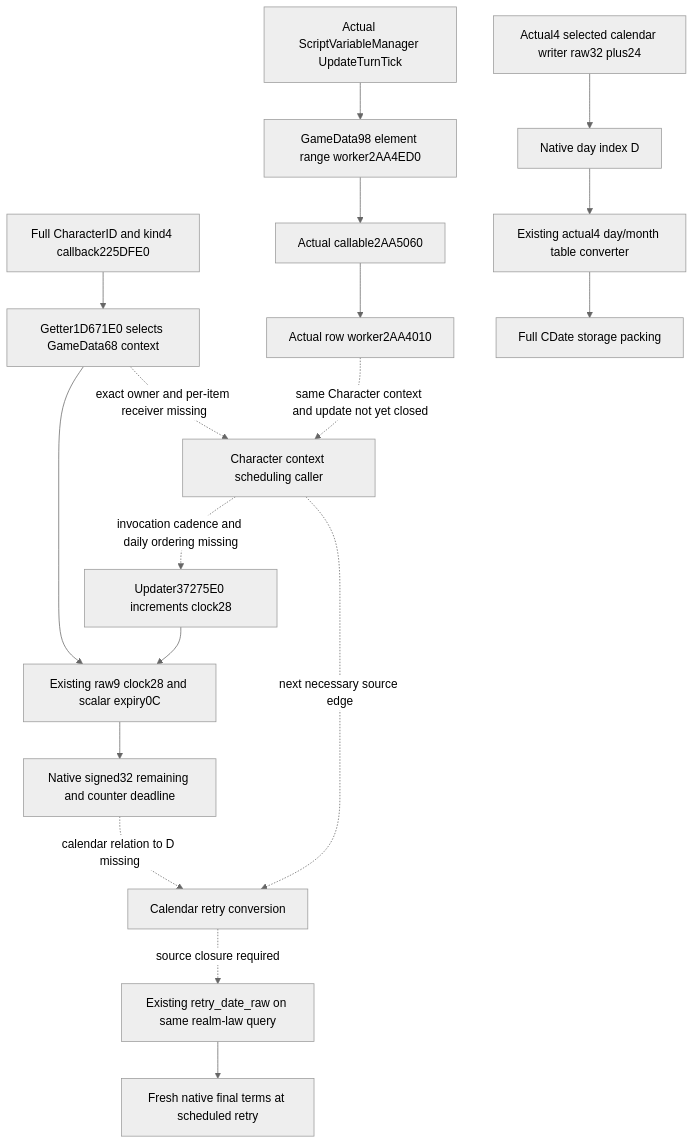
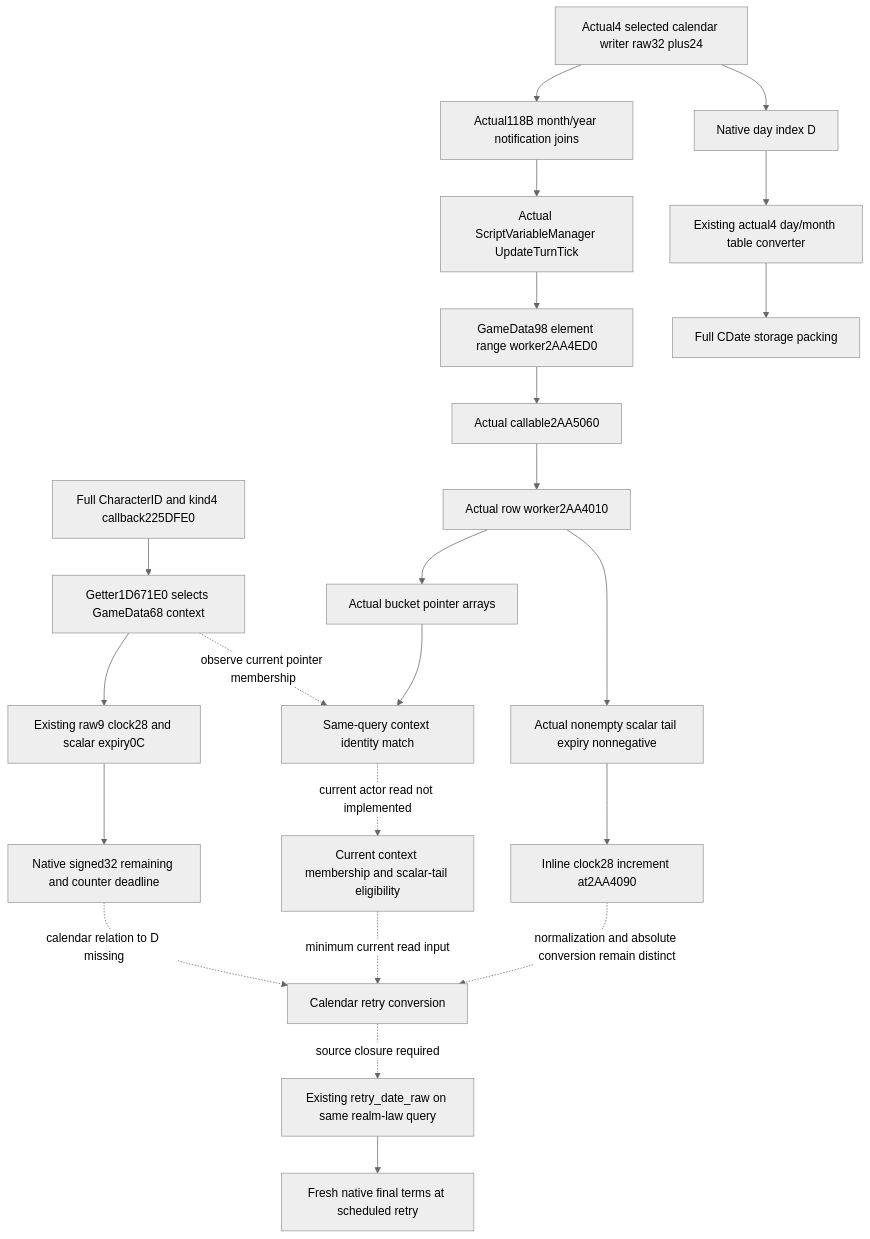
Before and after one commit to XenoAmess/ck3_eternal_recurrence: the diagram in docs/ck3-native-ai/m7-character-clock-calendar-deadline-12004.md, drawn with Mermaid (neutral theme). The commit also changed other lines of this file, not shown here.

Commit message:
Close calendar task order and specify context eligibility observer

````diff
--- a/docs/ck3-native-ai/m7-character-clock-calendar-deadline-12004.md
+++ b/docs/ck3-native-ai/m7-character-clock-calendar-deadline-12004.md
@@ -43,20 +43,25 @@
 ```mermaid
 flowchart TD
   C[Full CharacterID and kind4 callback225DFE0] --> G[Getter1D671E0 selects GameData68 context]
   G --> R[Existing raw9 clock28 and scalar expiry0C]
   R --> N[Native signed32 remaining and counter deadline]
-  G -. exact owner and per-item receiver missing .-> P[Character context scheduling caller]
+  G -. observe current pointer membership .-> M[Same-query context identity match]
   TM[Actual ScriptVariableManager UpdateTurnTick] --> E[GameData98 element range worker2AA4ED0]
   E --> CB[Actual callable2AA5060]
   CB --> CW[Actual row worker2AA4010]
-  CW -. same Character context and update not yet closed .-> P
-  P -. invocation cadence and daily ordering missing .-> U[Updater37275E0 increments clock28]
-  U --> R
+  CW --> U[Actual nonempty scalar tail expiry nonnegative]
+  U --> INC[Inline clock28 increment at2AA4090]
+  CW --> B[Actual bucket pointer arrays]
+  B --> M
+  M -. current actor read not implemented .-> EL[Current context membership and scalar-tail eligibility]
   D[Actual4 selected calendar writer raw32 plus24] --> I[Native day index D]
   I --> K[Existing actual4 day/month table converter]
   K --> F[Full CDate storage packing]
+  D --> O[Actual118B month/year notification joins]
+  O --> TM
   N -. calendar relation to D missing .-> X[Calendar retry conversion]
-  P -. next necessary source edge .-> X
+  EL -. minimum current read input .-> X
+  INC -. normalization and absolute conversion remain distinct .-> X
   X -. source closure required .-> Q[Existing retry_date_raw on same realm-law query]
   Q --> T[Fresh native final terms at scheduled retry]
 ```
````
